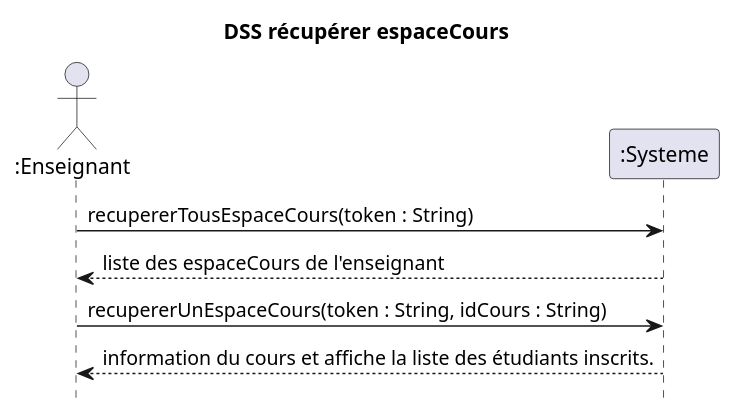
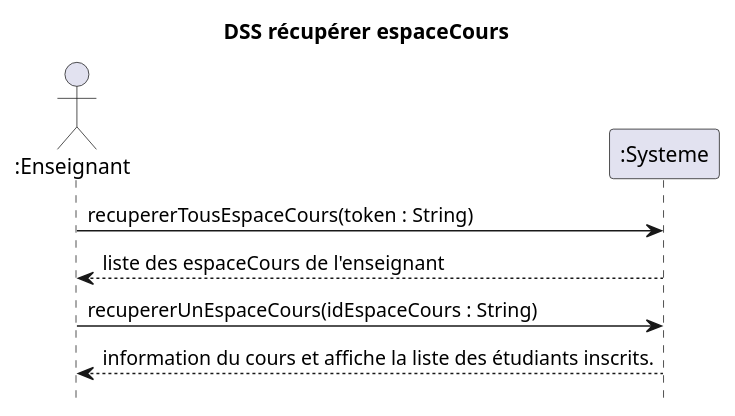
The diagram in docs/Récupérer cours/DSS_Récupérer_cours.puml (nerdz88/SGA-TS), drawn with PlantUML before and after one commit. The commit also changed 18 other files, not shown here.

```diff
--- a/docs/Récupérer cours/DSS_Récupérer_cours.puml
+++ b/docs/Récupérer cours/DSS_Récupérer_cours.puml
@@ -1,11 +1,11 @@
 @startuml DSS_Récupérer_Cours
 title DSS récupérer espaceCours
 hide footbox
 actor ":Enseignant" as professeur
 participant ":Systeme" as systeme
 
 professeur ->  systeme : recupererTousEspaceCours(token : String)
 professeur <-- systeme : liste des espaceCours de l'enseignant
-professeur -> systeme : recupererUnEspaceCours(token : String, idCours : String)
+professeur -> systeme : recupererUnEspaceCours(idEspaceCours : String)
 professeur <-- systeme : information du cours et affiche la liste des étudiants inscrits.
 @enduml
```
